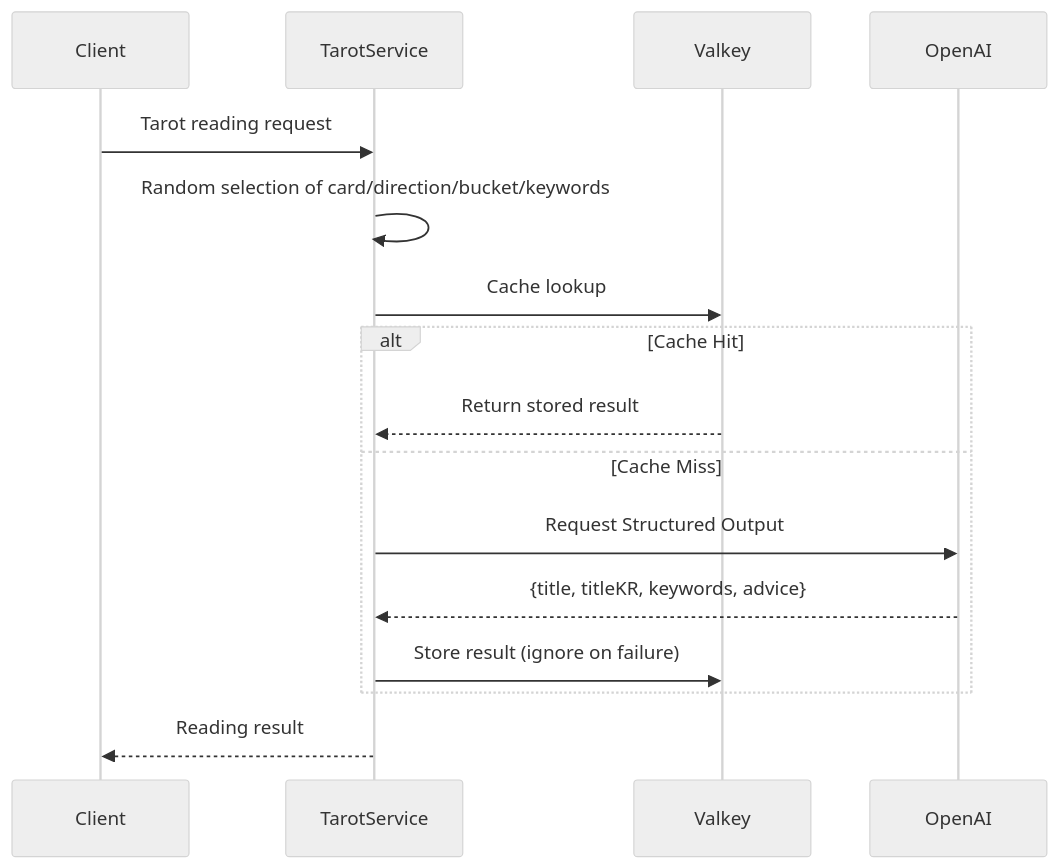
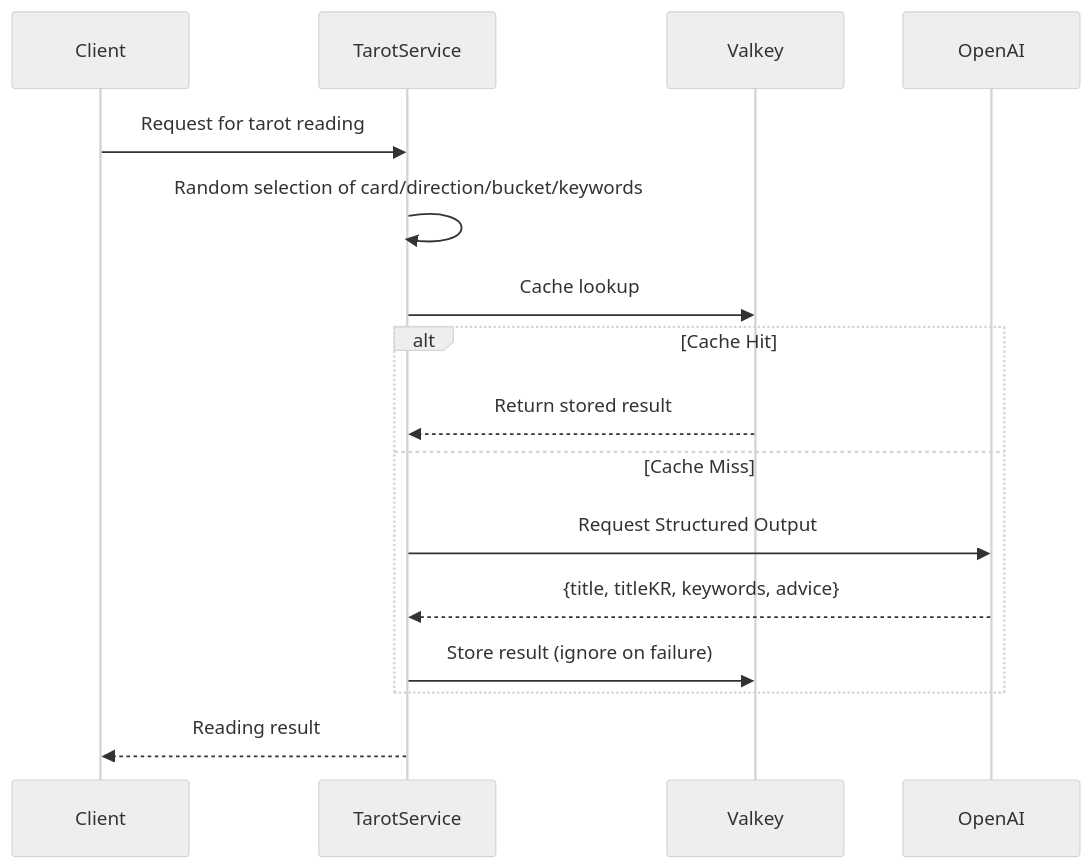
The second of 2 diagrams in src/content/blog/en/tarot-deep-dive.md (mandacode-labs/mandacode-devs), drawn with Mermaid (neutral theme) before and after one commit. The commit also changed other lines of this file and 40 other files, not shown here.

````diff
--- a/src/content/blog/en/tarot-deep-dive.md
+++ b/src/content/blog/en/tarot-deep-dive.md
@@ -65,21 +66,21 @@
 ```mermaid
 sequenceDiagram
     participant Client as Client
     participant Service as TarotService
     participant Cache as Valkey
     participant AI as OpenAI
 
-    Client->>Service: Tarot reading request
+    Client->>Service: Request for tarot reading
     Service->>Service: Random selection of card/direction/bucket/keywords
     Service->>Cache: Cache lookup
 
     alt Cache Hit
         Cache-->>Service: Return stored result
     else Cache Miss
         Service->>AI: Request Structured Output
         AI-->>Service: {title, titleKR, keywords, advice}
         Service->>Cache: Store result (ignore on failure)
     end
 
     Service-->>Client: Reading result
 ```
````
